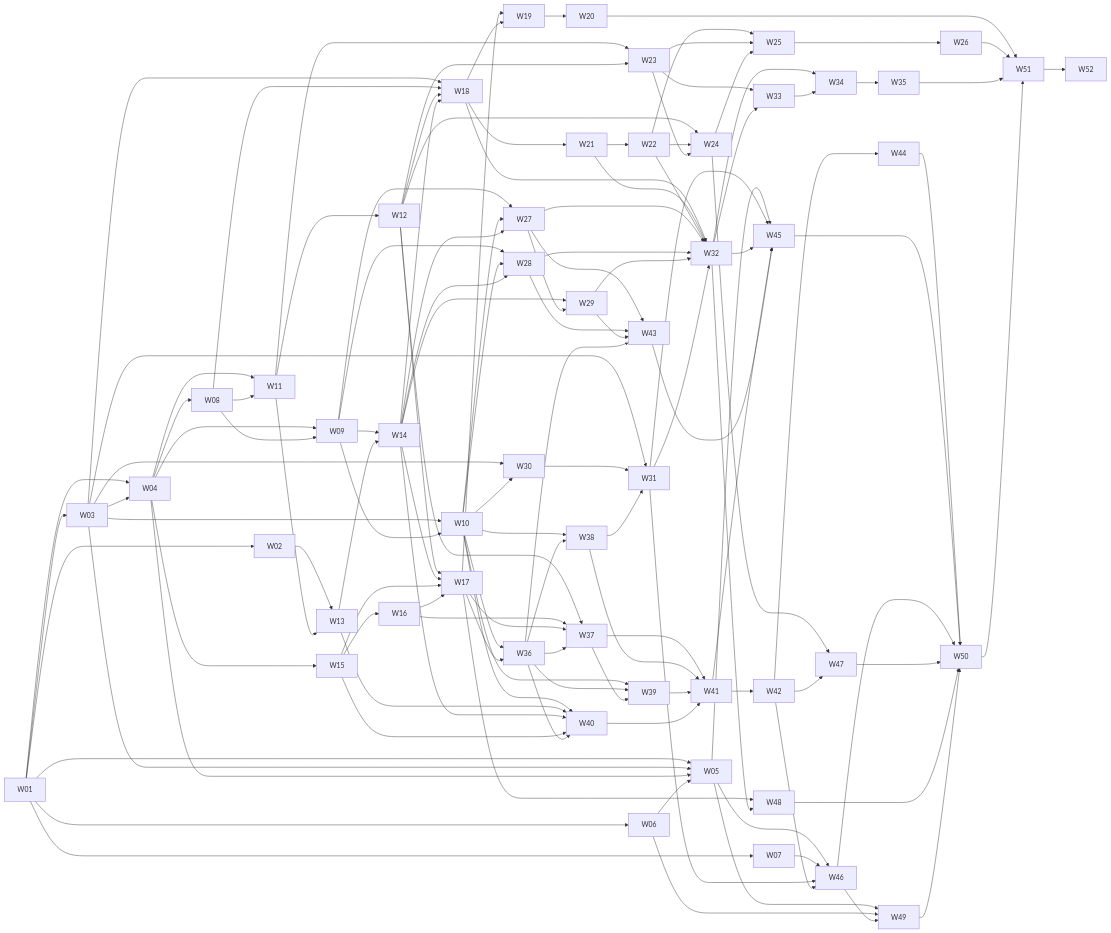
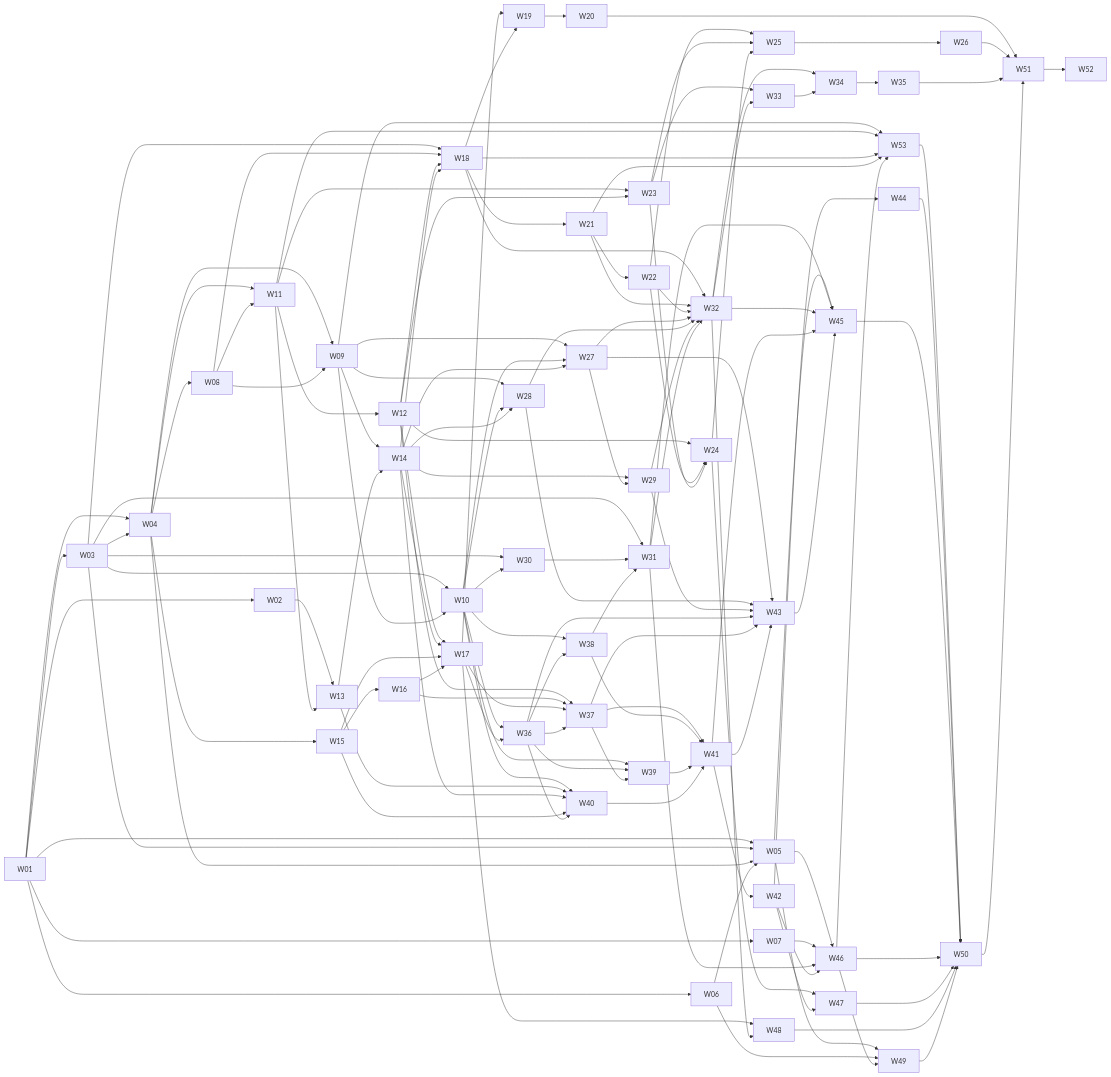
One commit to mistakenot/keyval changed the fourth of 4 diagrams in PLAN.md. Above: the diagram before and after it, drawn with Mermaid. The commit also changed other lines of this file, not shown here.

```diff
--- a/PLAN.md
+++ b/PLAN.md
@@ -1772,6 +1800,14 @@
     W29 --> W43
     W36 --> W43
     W42 --> W44
+    W37 --> W43
+    W41 --> W43
+    W09 --> W53
+    W11 --> W53
+    W18 --> W53
+    W21 --> W53
+    W46 --> W53
+    W53 --> W50
     W05 --> W45
     W31 --> W45
     W32 --> W45
```
